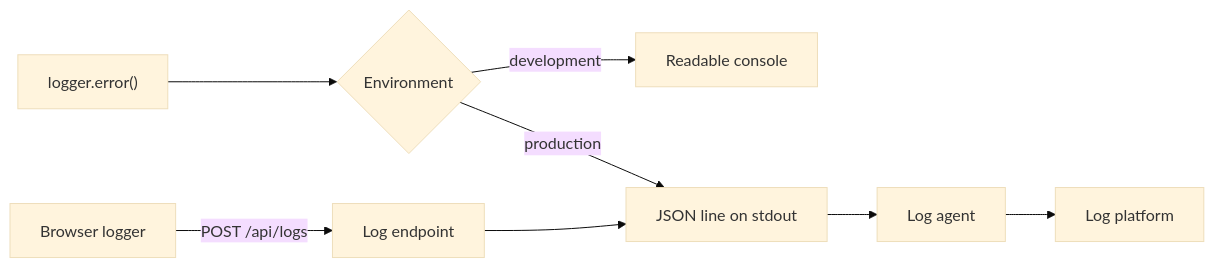
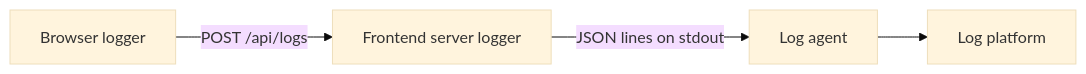
One commit to christiansany/cas-fee-26-frontend-challenges changed the second of 3 diagrams in topics/logging/README.md. Above: the diagram before and after it, drawn with Mermaid (base theme). The commit also changed other lines of this file and 3 other files, not shown here.

````diff
--- a/topics/logging/README.md
+++ b/topics/logging/README.md
@@ -87,8 +91,6 @@
 ```mermaid
 flowchart LR
-  code["logger.error()"] --> env{"Environment"}
-  env -->|development| pretty["Readable console"]
-  env -->|production| stdout["JSON line on stdout"]
-  stdout --> agent["Log agent"] --> platform["Log platform"]
-  browser["Browser logger"] -->|"POST /api/logs"| endpoint["Log endpoint"] --> stdout
+  browser["Browser logger"] -->|"POST /api/logs"| server["Frontend server logger"]
+  server -->|"JSON lines on stdout"| agent["Log agent"]
+  agent --> platform["Log platform"]
 ```
````
